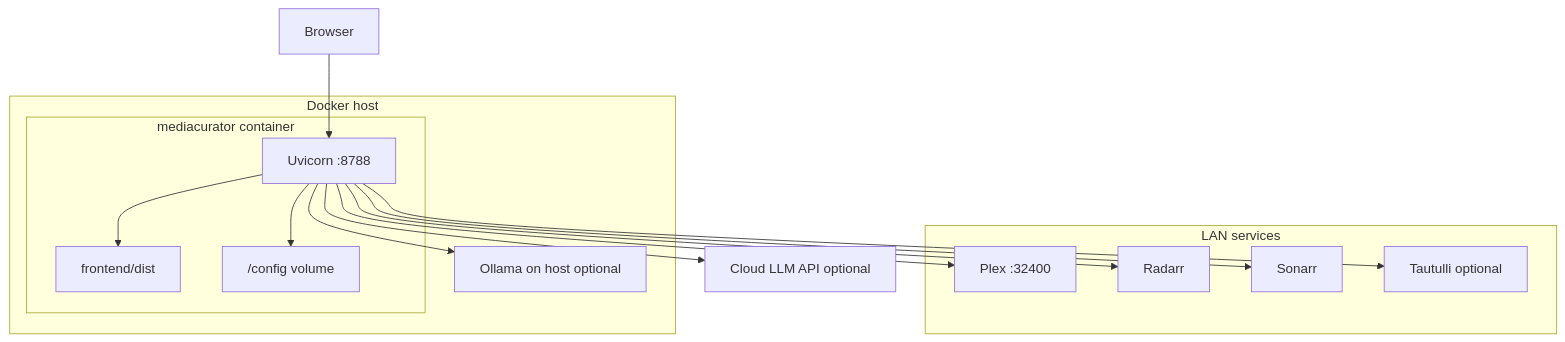
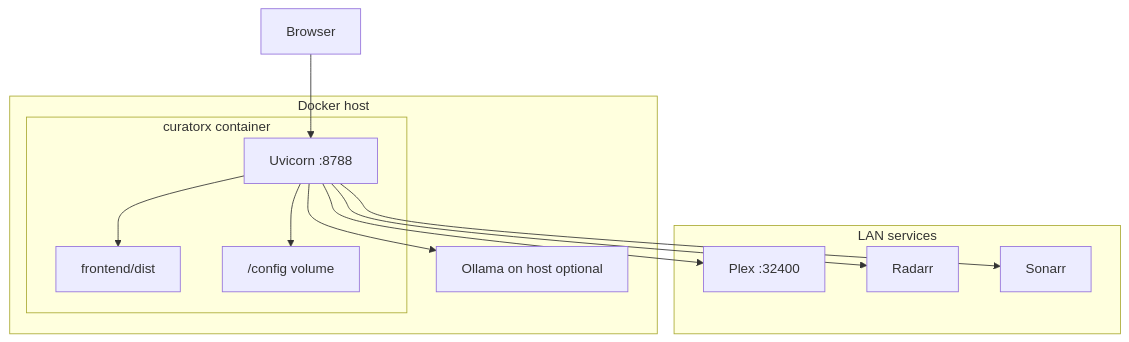
One commit to romwil/curatorx changed the fifth of 5 diagrams in docs/ARCHITECTURE.md. Above: the diagram before and after it, drawn with Mermaid. The commit also changed other lines of this file and 91 other files, not shown here.

````diff
--- a/docs/ARCHITECTURE.md
+++ b/docs/ARCHITECTURE.md
@@ -332,28 +250,25 @@
 ```mermaid
 flowchart TB
     subgraph dockerHost [Docker host]
-        subgraph container [mediacurator container]
+        subgraph container [curatorx container]
             Uvicorn[Uvicorn :8788]
             Static[frontend/dist]
             ConfigVol["/config volume"]
         end
         Ollama[Ollama on host optional]
     end
 
     subgraph lan [LAN services]
         PlexS[Plex :32400]
         RadarrS[Radarr]
         SonarrS[Sonarr]
-        TautulliS[Tautulli optional]
     end
 
     UserBrowser[Browser] --> Uvicorn
     Uvicorn --> Static
     Uvicorn --> ConfigVol
     Uvicorn --> PlexS
     Uvicorn --> RadarrS
     Uvicorn --> SonarrS
-    Uvicorn --> TautulliS
     Uvicorn --> Ollama
-    Uvicorn --> CloudLLM[Cloud LLM API optional]
 ```
````
